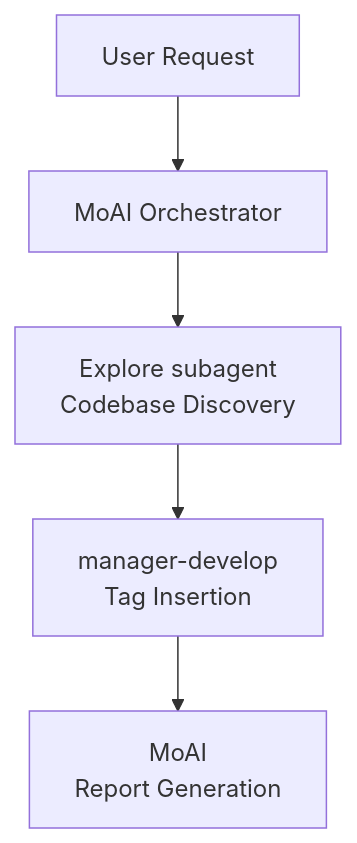
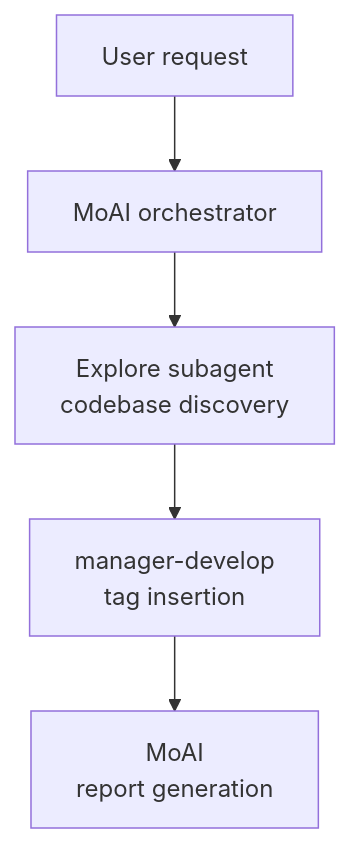
The second of 2 diagrams in docs-site/content/en/utility-commands/moai-mx.md (modu-ai/moai-adk), drawn with Mermaid before and after one commit. The commit also changed other lines of this file and 395 other files, not shown here.

````diff
--- a/docs-site/content/en/utility-commands/moai-mx.md
+++ b/docs-site/content/en/utility-commands/moai-mx.md
@@ -154,7 +158,7 @@
 ```mermaid
 flowchart TD
-    User["User Request"] --> MoAI["MoAI Orchestrator"]
-    MoAI --> Explore["Explore subagent<br/>Codebase Discovery"]
-    Explore --> Backend["manager-develop<br/>Tag Insertion"]
-    Backend --> Report["MoAI<br/>Report Generation"]
+    User["User request"] --> MoAI["MoAI orchestrator"]
+    MoAI --> Explore["Explore subagent<br/>codebase discovery"]
+    Explore --> Backend["manager-develop<br/>tag insertion"]
+    Backend --> Report["MoAI<br/>report generation"]
 ```
````
